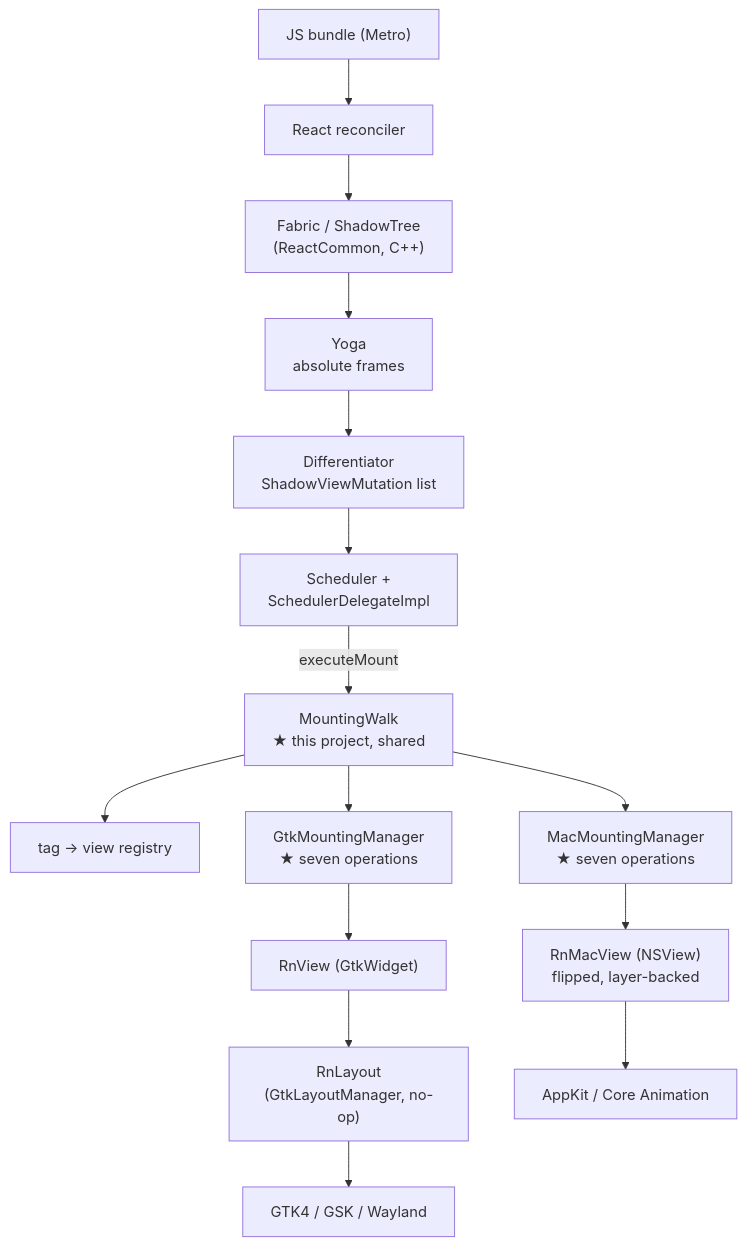
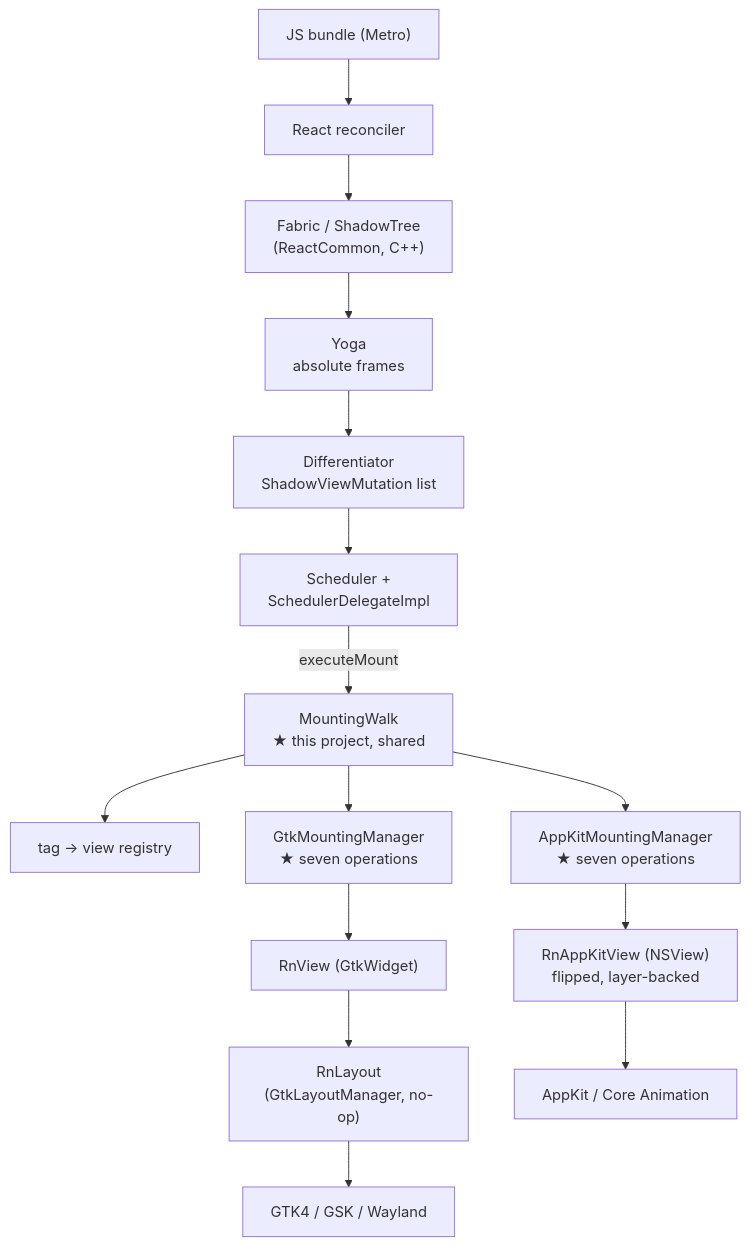
One commit to vincentvella/react-native-basalt changed the diagram in docs/ARCHITECTURE.md. Above: the diagram before and after it, drawn with Mermaid. The commit also changed other lines of this file and 208 other files, not shown here.

````diff
--- a/docs/ARCHITECTURE.md
+++ b/docs/ARCHITECTURE.md
@@ -45,17 +45,17 @@
 ```mermaid
 flowchart TD
     JS["JS bundle (Metro)"] --> React["React reconciler"]
     React --> Fabric["Fabric / ShadowTree<br/>(ReactCommon, C++)"]
     Fabric --> Yoga["Yoga<br/>absolute frames"]
     Yoga --> Diff["Differentiator<br/>ShadowViewMutation list"]
     Diff --> Sched["Scheduler +<br/>SchedulerDelegateImpl"]
     Sched -->|executeMount| MM["MountingWalk<br/>★ this project, shared"]
     MM --> Registry["tag → view registry"]
     MM --> Gtk["GtkMountingManager<br/>★ seven operations"]
-    MM --> Mac["MacMountingManager<br/>★ seven operations"]
+    MM --> Mac["AppKitMountingManager<br/>★ seven operations"]
     Gtk --> RnView["RnView (GtkWidget)"]
     RnView --> RnLayout["RnLayout<br/>(GtkLayoutManager, no-op)"]
     RnLayout --> GTK["GTK4 / GSK / Wayland"]
-    Mac --> RnMacView["RnMacView (NSView)<br/>flipped, layer-backed"]
-    RnMacView --> AppKit["AppKit / Core Animation"]
+    Mac --> RnAppKitView["RnAppKitView (NSView)<br/>flipped, layer-backed"]
+    RnAppKitView --> AppKit["AppKit / Core Animation"]
 ```
````
